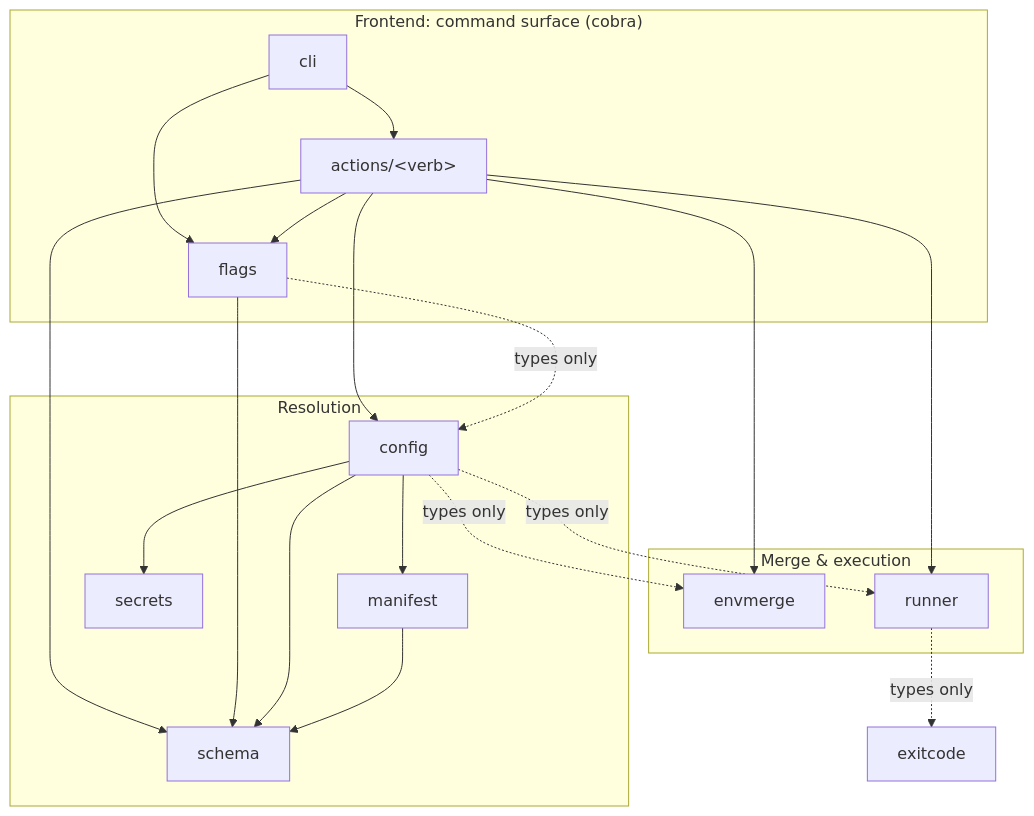
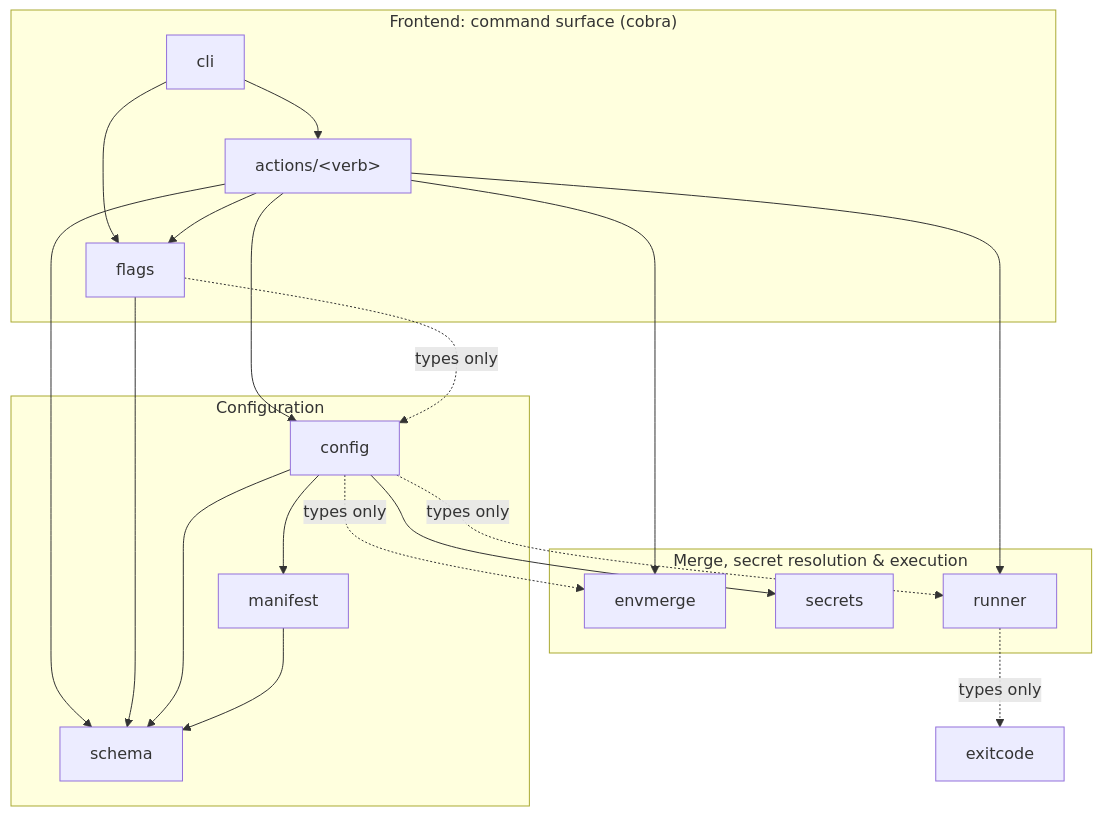
The first of 2 diagrams in app/README.md (go-envx/envx), drawn with Mermaid before and after one commit. The commit also changed other lines of this file and 7 other files, not shown here.

````diff
--- a/app/README.md
+++ b/app/README.md
@@ -77,43 +77,43 @@
 ```mermaid
 flowchart TD
     subgraph frontend["Frontend: command surface (cobra)"]
         cli["cli"]
         actions["actions/&lt;verb&gt;"]
         flags["flags"]
     end
 
-    subgraph resolution["Resolution"]
+    subgraph resolution["Configuration"]
         config["config"]
         manifest["manifest"]
         schema["schema"]
-        secrets["secrets"]
     end
 
-    subgraph engine["Merge &amp; execution"]
+    subgraph engine["Merge, secret resolution &amp; execution"]
         envmerge["envmerge"]
+        secrets["secrets"]
         runner["runner"]
     end
 
     exitcode["exitcode"]
 
     cli --> actions
     cli --> flags
 
     actions --> config
     actions --> flags
     actions --> envmerge
     actions --> runner
     actions --> schema
 
     flags --> schema
     flags -.->|types only| config
 
     config --> manifest
     config --> schema
     config --> secrets
     config -.->|types only| envmerge
     config -.->|types only| runner
 
     manifest --> schema
     runner -.->|types only| exitcode
 ```
````
